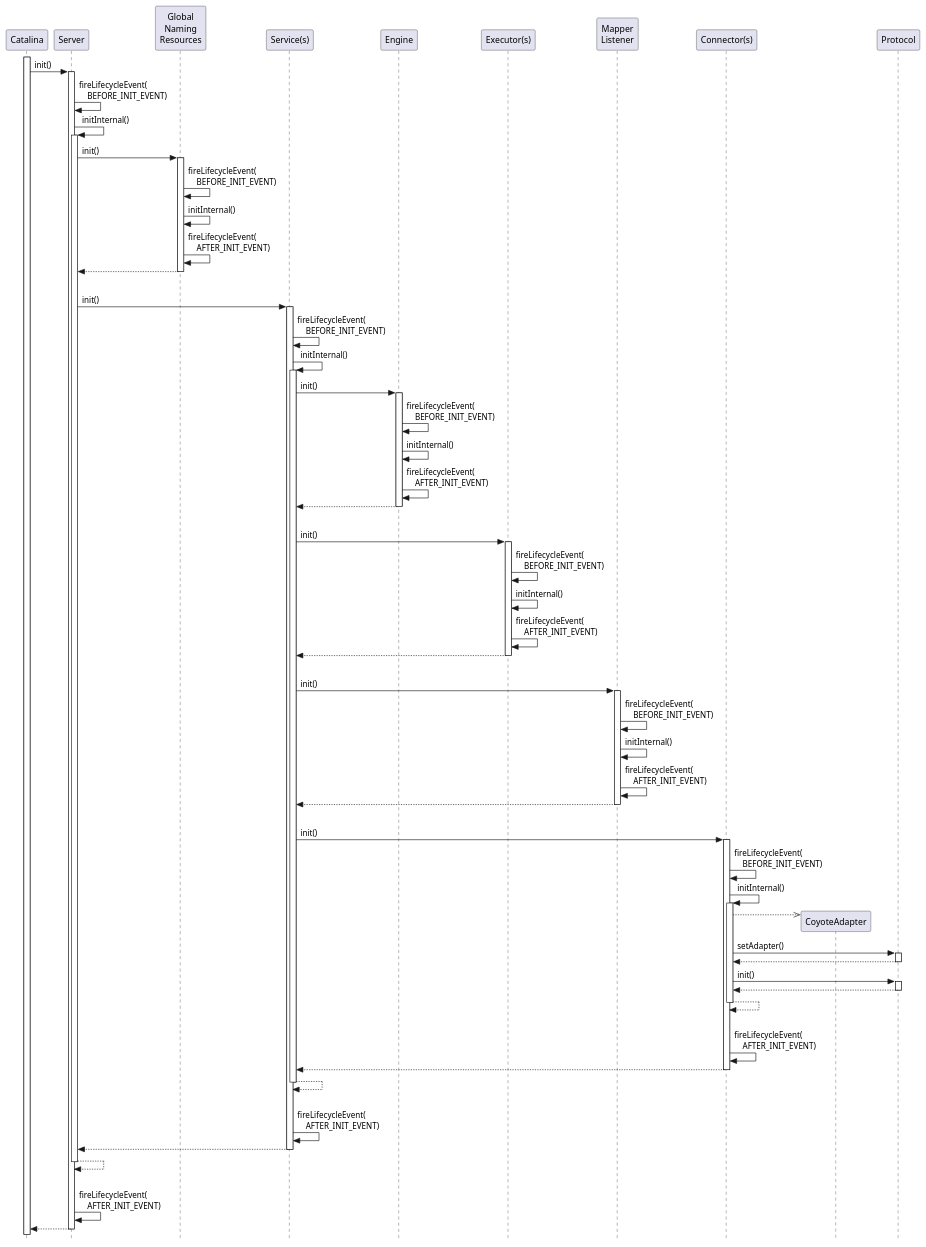
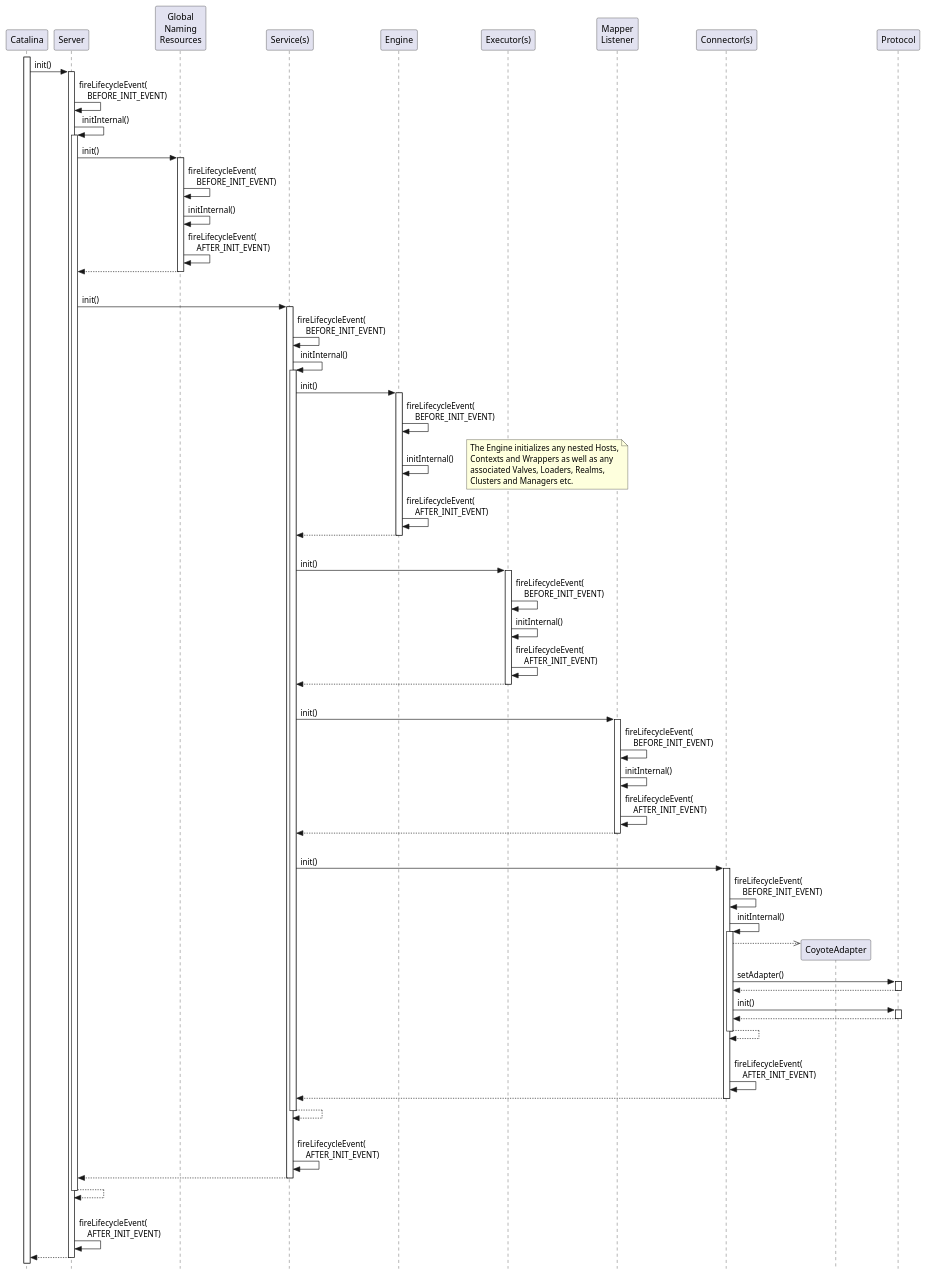
One commit to apache/tomcat changed the diagram in webapps/docs/architecture/startup/2_catalina_init.plantuml. Above: the diagram before and after it, drawn with PlantUML. The commit also changed 1 other file, not shown here.

Commit message:
Add a note to show where Hosts etc are initialized

```diff
--- a/webapps/docs/architecture/startup/2_catalina_init.plantuml
+++ b/webapps/docs/architecture/startup/2_catalina_init.plantuml
@@ -1,97 +1,103 @@
 @startuml
 
 ' Licensed to the Apache Software Foundation (ASF) under one or more
 ' contributor license agreements.  See the NOTICE file distributed with
 ' this work for additional information regarding copyright ownership.
 ' The ASF licenses this file to You under the Apache License, Version 2.0
 ' (the "License"); you may not use this file except in compliance with
 ' the License.  You may obtain a copy of the License at
 '
 '     http://www.apache.org/licenses/LICENSE-2.0
 '
 ' Unless required by applicable law or agreed to in writing, software
 ' distributed under the License is distributed on an "AS IS" BASIS,
 ' WITHOUT WARRANTIES OR CONDITIONS OF ANY KIND, either express or implied.
 ' See the License for the specific language governing permissions and
 ' limitations under the License.
 
 hide footbox
 skinparam style strictuml
 
 activate Catalina
 
 Catalina -> Server ++: init()
 
 Server -> Server: fireLifecycleEvent(\n    BEFORE_INIT_EVENT)
 
 Server -> Server ++: initInternal()
 
 Server -> "Global\nNaming\nResources" as GNR ++: init()
 GNR -> GNR: fireLifecycleEvent(\n    BEFORE_INIT_EVENT)
 GNR -> GNR: initInternal()
 GNR -> GNR: fireLifecycleEvent(\n    AFTER_INIT_EVENT)
 return
 
 |||
 Server -> "Service(s)" as Services ++: init()
 
 Services -> Services: fireLifecycleEvent(\n    BEFORE_INIT_EVENT)
 
 Services -> Services ++: initInternal()
 
 Services -> Engine ++: init()
 Engine -> Engine: fireLifecycleEvent(\n    BEFORE_INIT_EVENT)
 Engine -> Engine: initInternal()
+note right
+The Engine initializes any nested Hosts,
+Contexts and Wrappers as well as any
+associated Valves, Loaders, Realms,
+Clusters and Managers etc.
+end note
 Engine -> Engine: fireLifecycleEvent(\n    AFTER_INIT_EVENT)
 return
 
 |||
 Services -> "Executor(s)" as Executors ++: init()
 Executors -> Executors: fireLifecycleEvent(\n    BEFORE_INIT_EVENT)
 Executors -> Executors: initInternal()
 Executors -> Executors: fireLifecycleEvent(\n    AFTER_INIT_EVENT)
 return
 
 |||
 Services -> "Mapper\nListener" as MapperListener ++: init()
 MapperListener -> MapperListener: fireLifecycleEvent(\n    BEFORE_INIT_EVENT)
 MapperListener -> MapperListener: initInternal()
 MapperListener -> MapperListener: fireLifecycleEvent(\n    AFTER_INIT_EVENT)
 return
 
 |||
 Services -> "Connector(s)" as Connectors ++: init()
 
 Connectors -> Connectors: fireLifecycleEvent(\n    BEFORE_INIT_EVENT)
 
 Connectors -> Connectors ++: initInternal()
 
 Connectors -->> CoyoteAdapter **
 
 Connectors -> Protocol ++: setAdapter()
 return
 
 Connectors -> Protocol ++: init()
 return
 
 return
 
 |||
 Connectors -> Connectors: fireLifecycleEvent(\n    AFTER_INIT_EVENT)
 
 return
 
 return
 
 |||
 Services -> Services: fireLifecycleEvent(\n    AFTER_INIT_EVENT)
 
 return
 
 return
 
 |||
 Server -> Server: fireLifecycleEvent(\n    AFTER_INIT_EVENT)
 
 return
 @enduml
```
